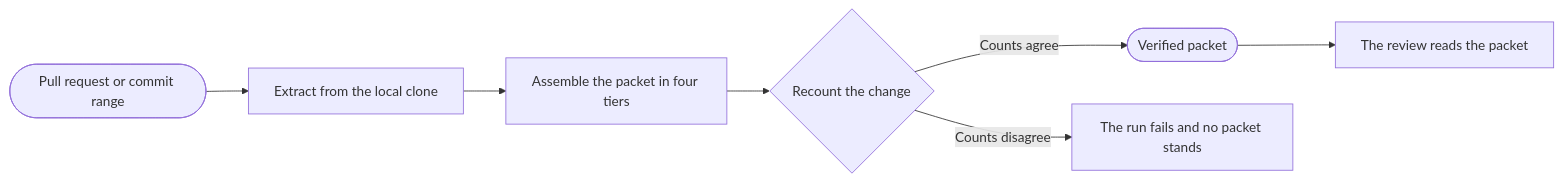
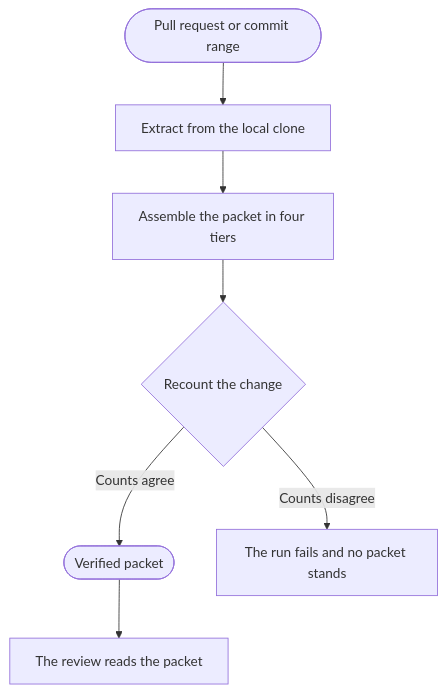
Before and after one commit to david-engelmann/recognitio: the diagram in README.md, drawn with Mermaid. The commit also changed other lines of this file and 13 other files, not shown here.

````diff
--- a/README.md
+++ b/README.md
@@ -162,9 +101,9 @@
 ```mermaid
-flowchart LR
+flowchart TB
     A([Pull request or commit range]) --> B[Extract from the local clone]
     B --> C[Assemble the packet in four tiers]
     C --> D{Recount the change}
     D -->|Counts agree| E([Verified packet])
     D -->|Counts disagree| F[The run fails and no packet stands]
     E --> G[The review reads the packet]
 ```
````
